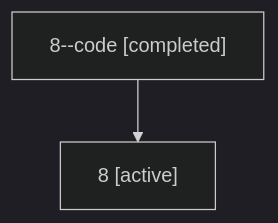
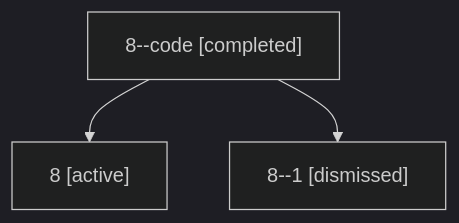
The diagram in families/bbugyi200.athena.8.md (sase-org/sase--agents), drawn with Mermaid (dark theme) before and after one commit. The commit also changed other lines of this file and 35830 other files, not shown here.

````diff
--- a/families/bbugyi200.athena.8.md
+++ b/families/bbugyi200.athena.8.md
@@ -9,6 +9,8 @@
 ```mermaid
 flowchart TD
   n0["8--code [completed]"]
   n1["8 [active]"]
   n0 --> n1
+  n2["8--1 [dismissed]"]
+  n0 --> n2
 ```
````
